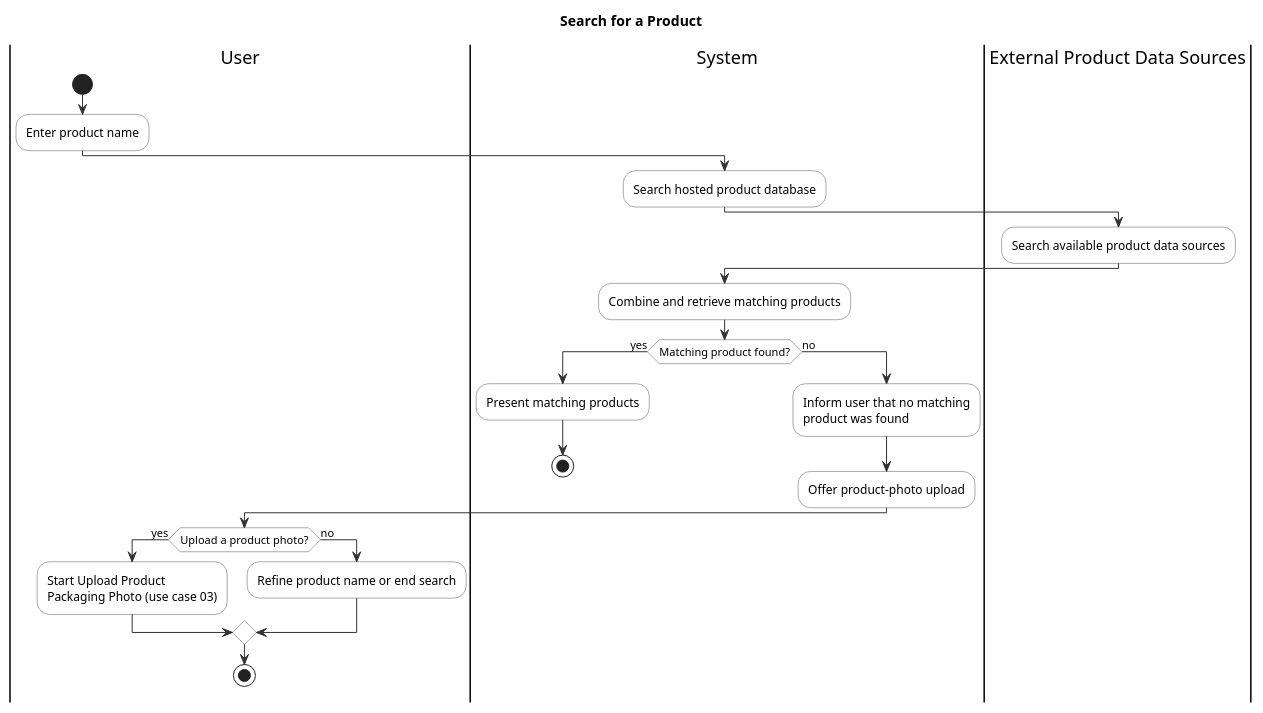
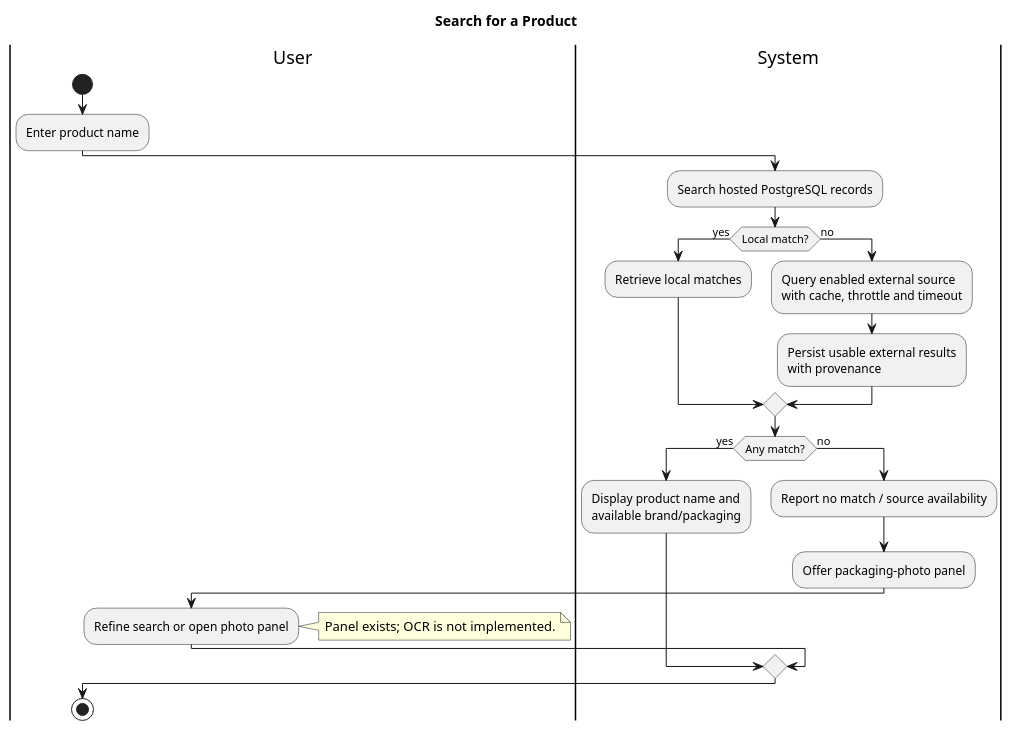
One commit to tameemraihan/EatingHalal changed the diagram in docs/assets/plantuml-code/UC01-search-product.puml. Above: the diagram before and after it, drawn with PlantUML. The commit also changed 95 other files, not shown here.

Commit message:
Implement local PostgreSQL CRUD and week 8 architecture deliverables

```diff
--- a/docs/assets/plantuml-code/UC01-search-product.puml
+++ b/docs/assets/plantuml-code/UC01-search-product.puml
@@ -1,46 +1,30 @@
-@startuml UseCase1_Search_Product_Activity
-
+@startuml
+!pragma layout smetana
 title Search for a Product
-
-skinparam shadowing false
-skinparam activity {
-  BackgroundColor White
-  BorderColor #555555
-  ArrowColor #333333
-}
-
 |User|
 start
 :Enter product name;
-
 |System|
-:Search hosted product database;
-
-|External Product Data Sources|
-:Search available product data sources;
-
-|System|
-:Combine and retrieve matching products;
-
-if (Matching product found?) then (yes)
-  :Present matching products;
-
+:Search hosted PostgreSQL records;
+if (Local match?) then (yes)
+  :Retrieve local matches;
+else (no)
+  :Query enabled external source
+with cache, throttle and timeout;
+  :Persist usable external results
+with provenance;
+endif
+if (Any match?) then (yes)
+  :Display product name and
+available brand/packaging;
+else (no)
+  :Report no match / source availability;
+  :Offer packaging-photo panel;
   |User|
-  |System|
-  stop
-else (no)
-  :Inform user that no matching
-  product was found;
-  :Offer product-photo upload;
-
-  |User|
-  if (Upload a product photo?) then (yes)
-    :Start Upload Product
-    Packaging Photo (use case 03);
-  else (no)
-    :Refine product name or end search;
-  endif
-  stop
+  :Refine search or open photo panel;
+  note right
+    Panel exists; OCR is not implemented.
+  end note
 endif
-
+stop
 @enduml
```
